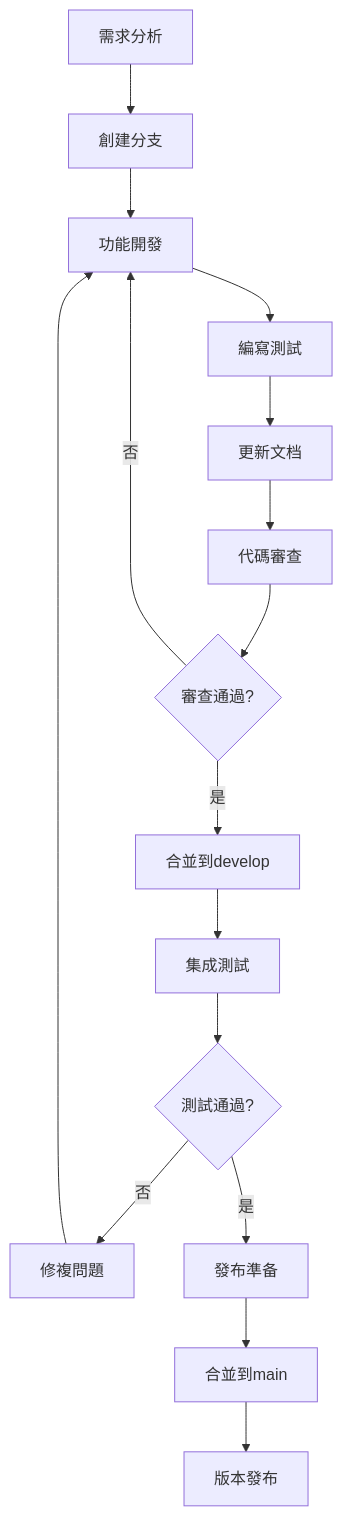
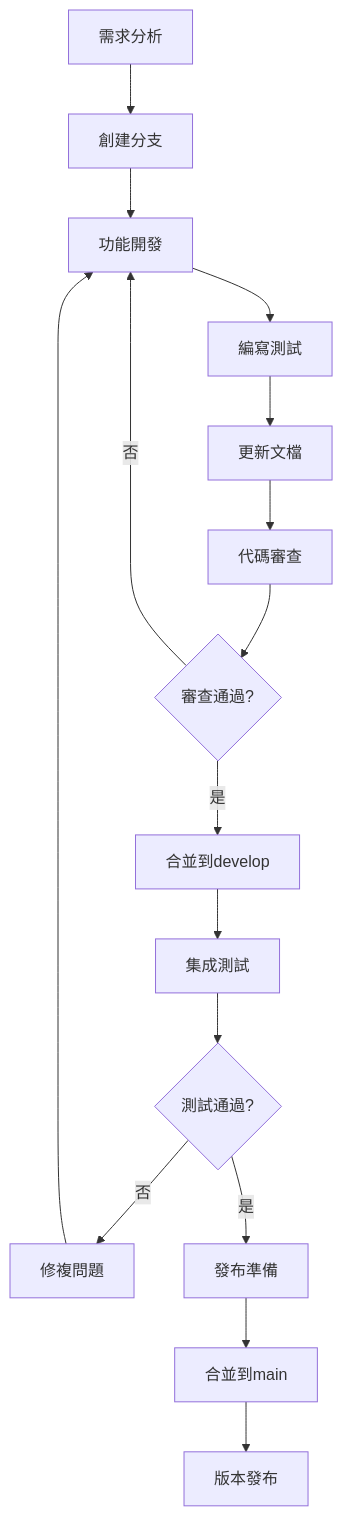
Before and after one commit to aiinpocket/TradingAgents-CN: the diagram in docs/development/development-workflow.md, drawn with Mermaid. The commit also changed other lines of this file and 439 other files, not shown here.

````diff
--- a/docs/development/development-workflow.md
+++ b/docs/development/development-workflow.md
@@ -11,18 +11,18 @@
 ```mermaid
 graph TD
     A[需求分析] --> B[創建分支]
     B --> C[功能開發]
     C --> D[編寫測試]
-    D --> E[更新文档]
+    D --> E[更新文檔]
     E --> F[代碼審查]
     F --> G{審查通過?}
     G -->|否| C
     G -->|是| H[合並到develop]
     H --> I[集成測試]
     I --> J{測試通過?}
     J -->|否| K[修複問題]
     K --> C
-    J -->|是| L[發布準备]
+    J -->|是| L[發布準備]
     L --> M[合並到main]
     M --> N[版本發布]
 ```
````
